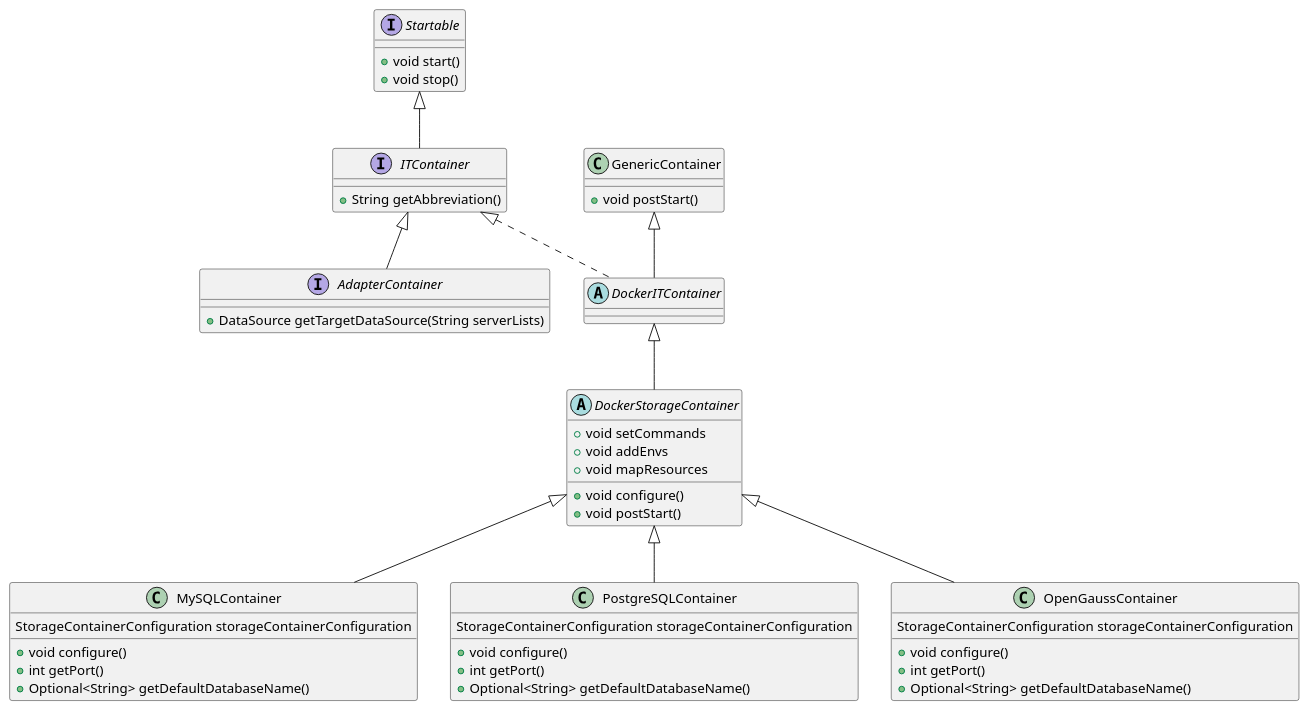
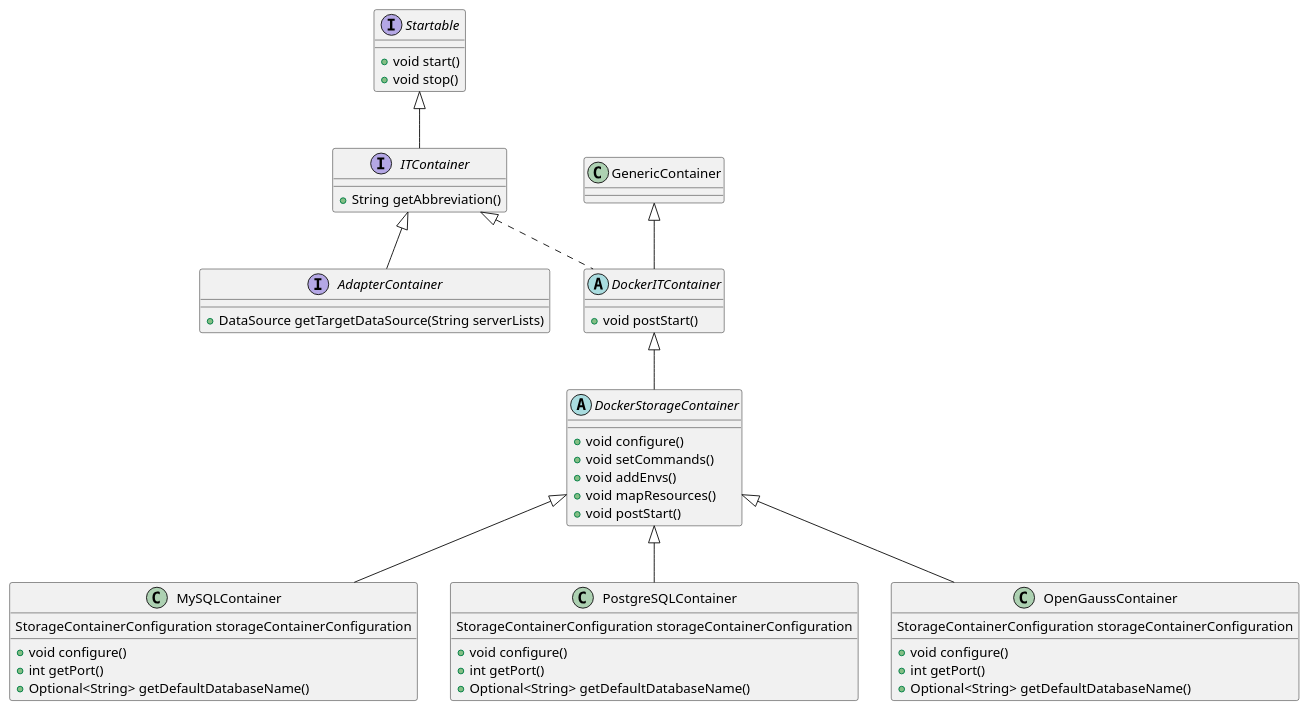
The diagram in shardingsphere/it-refactor/Container.puml (taojintianxia/github-action-codecov), drawn with PlantUML before and after one commit.

Commit message:
Format : format the uml

```diff
--- a/shardingsphere/it-refactor/Container.puml
+++ b/shardingsphere/it-refactor/Container.puml
@@ -1,63 +1,63 @@
 @startuml
 'https://plantuml.com/class-diagram
 
 interface Startable {
     +void start()
     +void stop()
 }
 
 interface ITContainer {
     +String getAbbreviation()
 }
 
 interface AdapterContainer {
     +DataSource getTargetDataSource(String serverLists)
 }
 
-class GenericContainer {
+class GenericContainer
+
+abstract DockerITContainer {
     +void postStart()
 }
 
-abstract DockerITContainer
-
 abstract DockerStorageContainer {
     +void configure()
-    +void setCommands
-    +void addEnvs
-    +void mapResources
+    +void setCommands()
+    +void addEnvs()
+    +void mapResources()
     +void postStart()
 }
 
 class MySQLContainer {
     StorageContainerConfiguration storageContainerConfiguration
     +void configure()
     +int getPort()
     +Optional<String> getDefaultDatabaseName()
 }
 
 class PostgreSQLContainer {
     StorageContainerConfiguration storageContainerConfiguration
     +void configure()
     +int getPort()
     +Optional<String> getDefaultDatabaseName()
 }
 
 class OpenGaussContainer {
     StorageContainerConfiguration storageContainerConfiguration
     +void configure()
     +int getPort()
     +Optional<String> getDefaultDatabaseName()
 }
 
 Startable <|-- ITContainer
 ITContainer <|-- AdapterContainer
 GenericContainer <|-- DockerITContainer
 ITContainer <|.. DockerITContainer
 
 DockerITContainer <|-- DockerStorageContainer
 
 DockerStorageContainer <|-- MySQLContainer
 DockerStorageContainer <|-- PostgreSQLContainer
 DockerStorageContainer <|-- OpenGaussContainer
 
 @enduml
```
